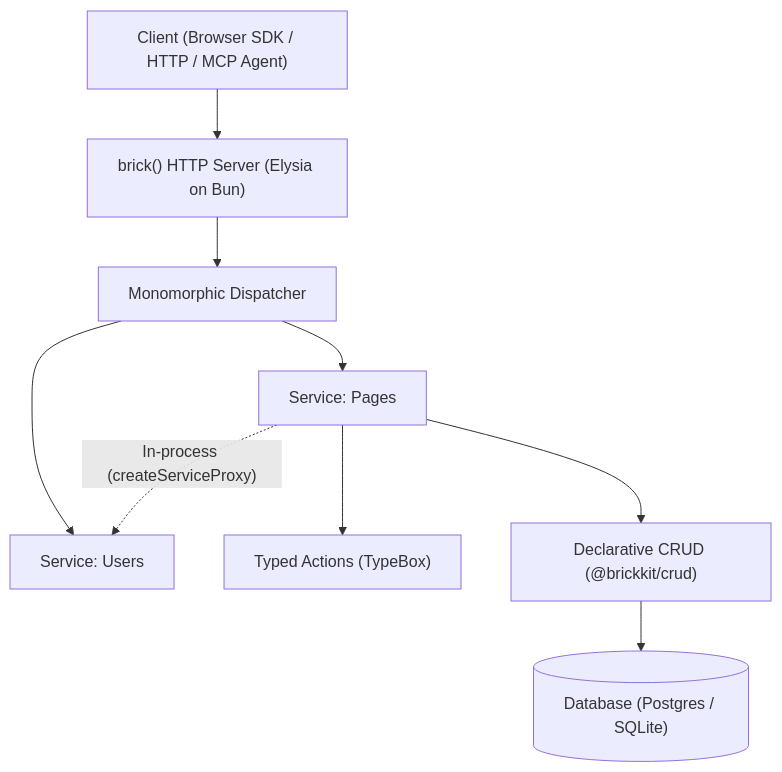
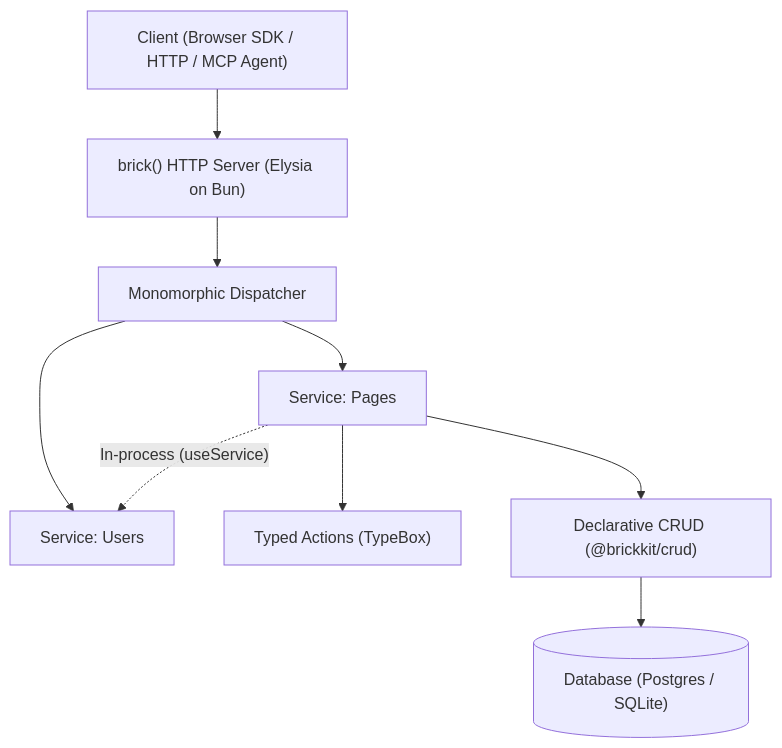
Before and after one commit to Chandraprakash-Darji/brick: the diagram in www/content/docs/(brick)/why-brick.mdx, drawn with Mermaid. The commit also changed other lines of this file and 223 other files, not shown here.

````diff
--- a/www/content/docs/(brick)/why-brick.mdx
+++ b/www/content/docs/(brick)/why-brick.mdx
@@ -33,11 +33,11 @@
 ```mermaid
 flowchart TD
     Client["Client (Browser SDK / HTTP / MCP Agent)"] --> Gateway["brick() HTTP Server (Elysia on Bun)"]
     Gateway --> Dispatch["Monomorphic Dispatcher"]
     Dispatch --> ServiceA["Service: Pages"]
     Dispatch --> ServiceB["Service: Users"]
     ServiceA --> Actions["Typed Actions (TypeBox)"]
     ServiceA --> CRUD["Declarative CRUD (@brickkit/crud)"]
     CRUD --> DB[("Database (Postgres / SQLite)")]
-    ServiceA -. "In-process (createServiceProxy)" .-> ServiceB
+    ServiceA -. "In-process (useService)" .-> ServiceB
 ```
````
